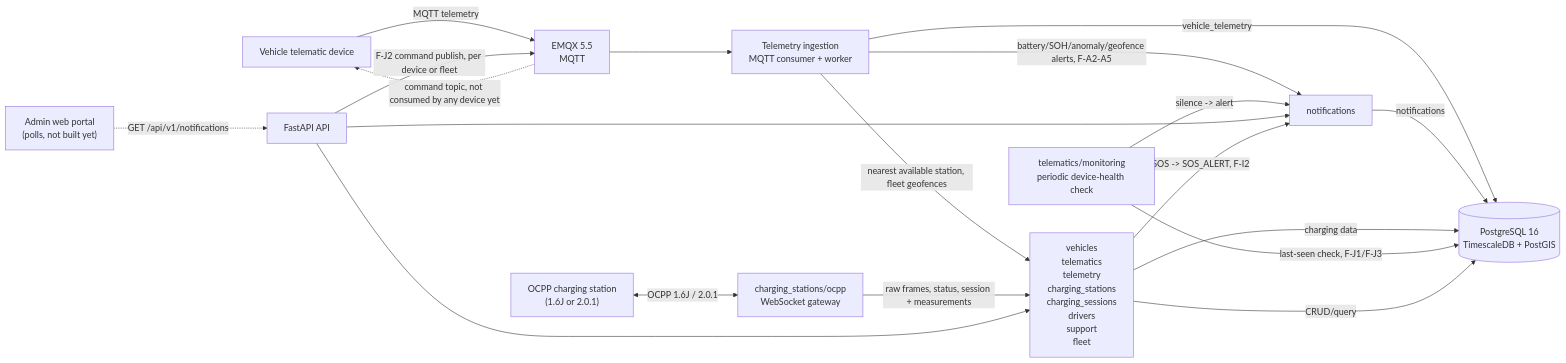
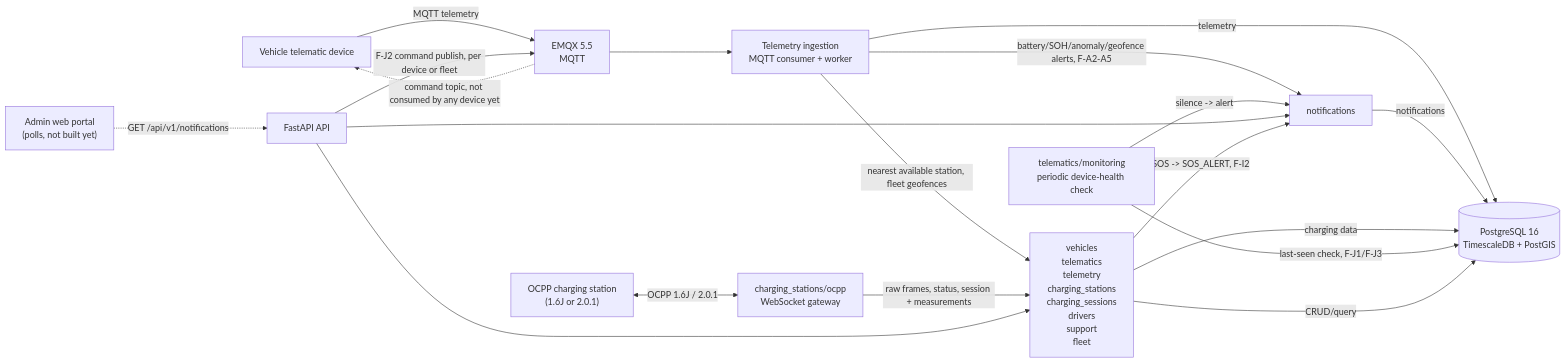
The diagram in docs/design/architecture.md (yolo-coccoc/G3Network-app), drawn with Mermaid before and after one commit. The commit also changed other lines of this file and 54 other files, not shown here.

````diff
--- a/docs/design/architecture.md
+++ b/docs/design/architecture.md
@@ -19,36 +19,36 @@
 ```mermaid
 flowchart LR
     Vehicle["Vehicle telematic device"]
     Station["OCPP charging station\n(1.6J or 2.0.1)"]
     Broker["EMQX 5.5\nMQTT"]
     Ingestion["Telemetry ingestion\nMQTT consumer + worker"]
     OCPP["charging_stations/ocpp\nWebSocket gateway"]
     Monitor["telematics/monitoring\nperiodic device-health check"]
     API["FastAPI API"]
     Domains["vehicles\ntelematics\ntelemetry\ncharging_stations\ncharging_sessions\ndrivers\nsupport\nfleet"]
     Notifications["notifications"]
     DB[("PostgreSQL 16\nTimescaleDB + PostGIS")]
     Portal["Admin web portal\n(polls, not built yet)"]
 
     Vehicle -->|MQTT telemetry| Broker
     Broker --> Ingestion
-    Ingestion -->|vehicle_telemetry| DB
+    Ingestion -->|telemetry| DB
     Ingestion -->|battery/SOH/anomaly/geofence alerts, F-A2-A5| Notifications
     Ingestion -->|nearest available station, fleet geofences| Domains
     Notifications -->|notifications| DB
 
     Station <-->|OCPP 1.6J / 2.0.1| OCPP
     OCPP -->|raw frames, status, session + measurements| Domains
     Domains -->|charging data| DB
 
     Monitor -->|last-seen check, F-J1/F-J3| DB
     Monitor -->|silence -> alert| Notifications
 
     API --> Domains
     API --> Notifications
     Domains -->|SOS -> SOS_ALERT, F-I2| Notifications
     API -->|F-J2 command publish, per device or fleet| Broker
     Broker -.->|command topic, not consumed by any device yet| Vehicle
     Domains -->|CRUD/query| DB
     Portal -.->|GET /api/v1/notifications| API
 ```
````
